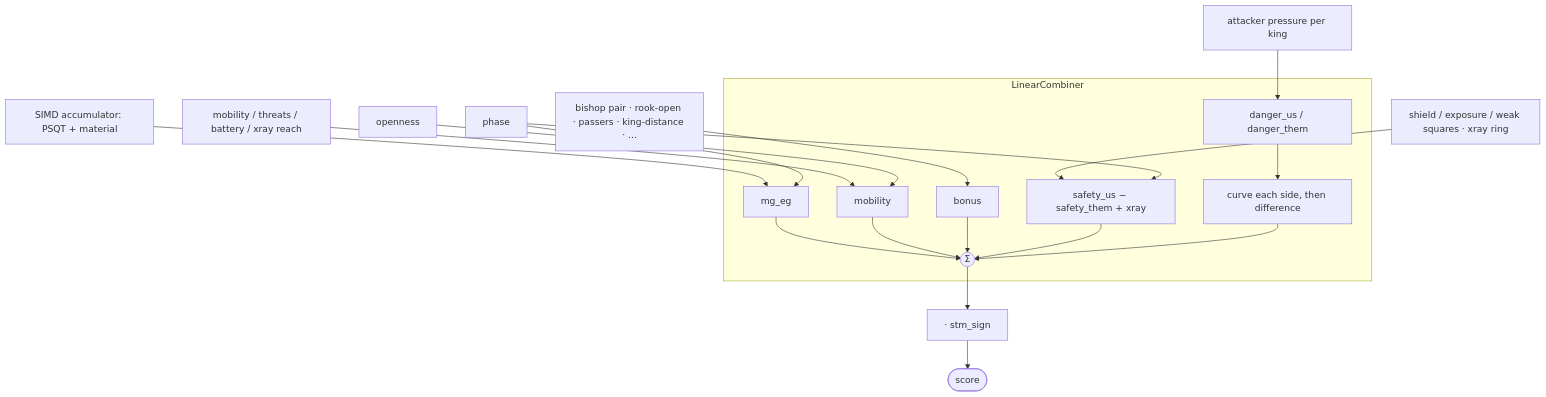
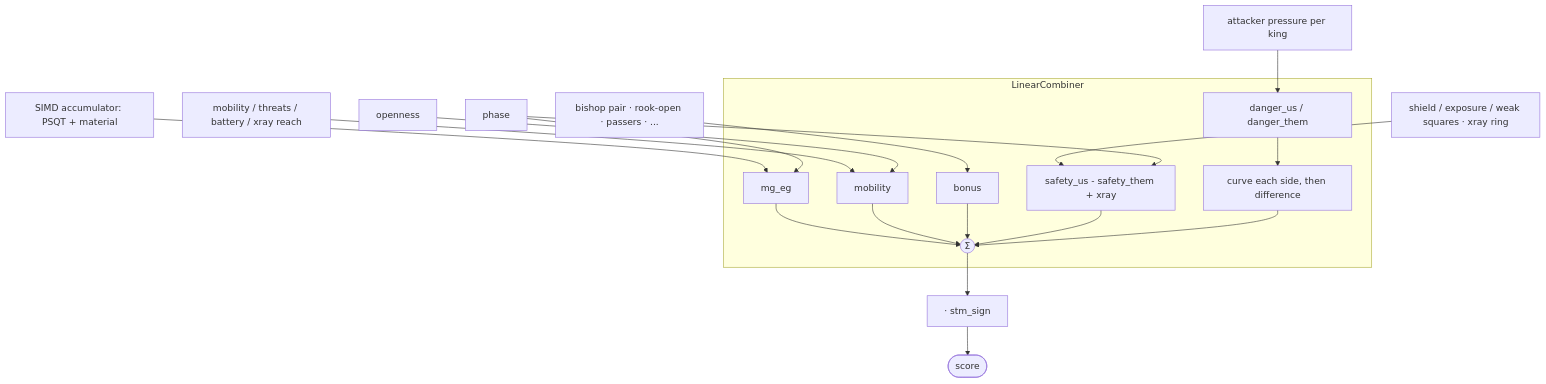
One commit to Aethdv/Soul changed the diagram in evaltuner/EVAL_TUNER.md. Above: the diagram before and after it, drawn with Mermaid. The commit also changed other lines of this file and 29 other files, not shown here.

````diff
--- a/evaltuner/EVAL_TUNER.md
+++ b/evaltuner/EVAL_TUNER.md
@@ -72,18 +47,18 @@
 ```mermaid
 flowchart TD
     ACC["SIMD accumulator: PSQT + material"] --> MGEG["mg_eg"]
     MOB["mobility / threats / battery / xray reach"] --> MOBB["mobility"]
-    BON["bishop pair · rook-open · passers · king-distance · …"] --> BONB["bonus"]
-    SAF["shield / exposure / weak squares · xray ring"] --> SAFB["safety_us − safety_them + xray"]
+    BON["bishop pair · rook-open · passers · ..."] --> BONB["bonus"]
+    SAF["shield / exposure / weak squares · xray ring"] --> SAFB["safety_us - safety_them + xray"]
     ATK["attacker pressure per king"] --> DNG["danger_us / danger_them"]
     PHASE["phase"] --> MGEG
     PHASE --> SAFB
     OPEN["openness"] --> MOBB
 
     subgraph Combiner ["LinearCombiner"]
         DNG --> CURVE["curve each side, then difference"]
         MGEG & MOBB & BONB & SAFB & CURVE --> SUM(("Σ"))
     end
     SUM --> FLIP["· stm_sign"]
     FLIP --> OUT(["score"])
 ```
````
